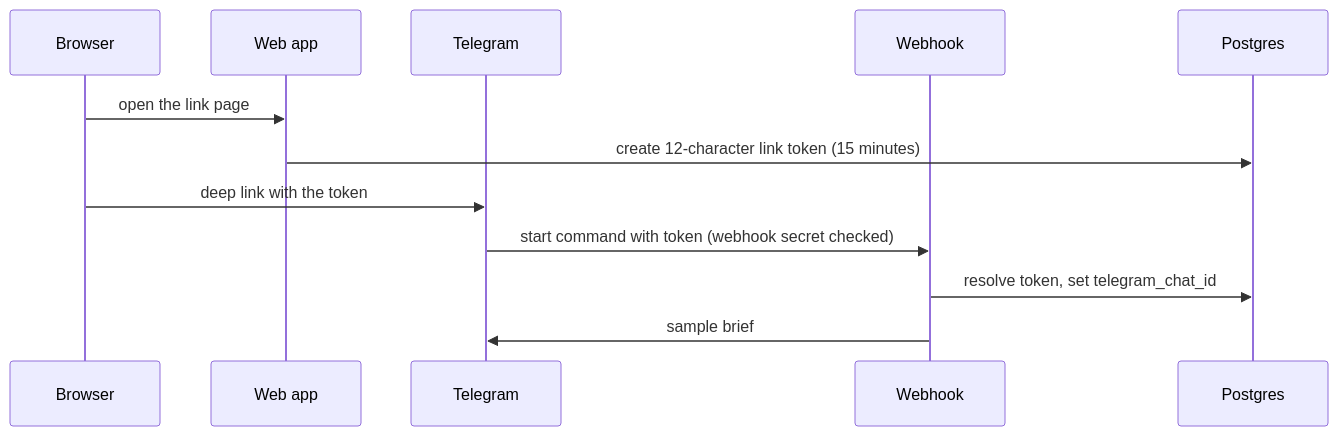
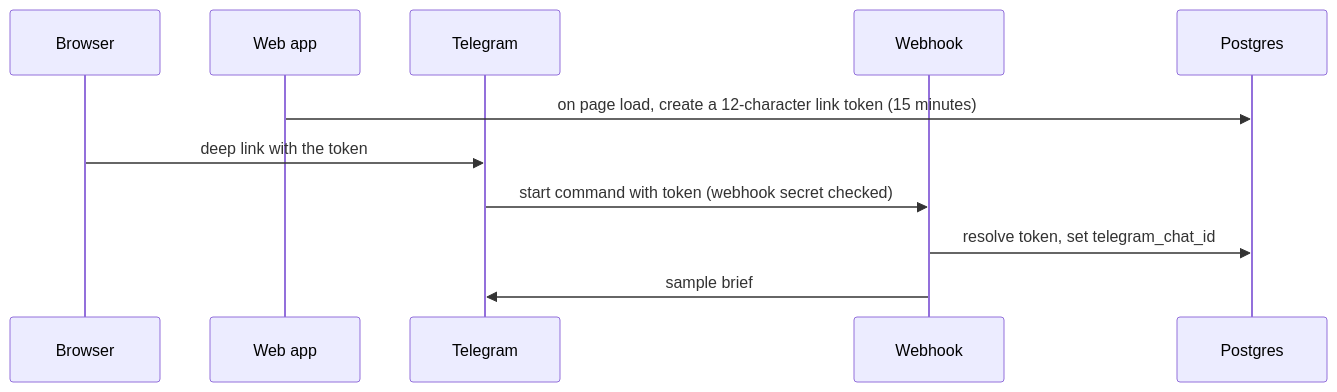
The fifth of 6 diagrams in docs/architecture/overview.md (faeezmnoor/cadence), drawn with Mermaid before and after one commit. The commit also changed other lines of this file and 4 other files, not shown here.

Commit message:
001 T041: lint findings fixed in documents (flow budget, archive links, E5)

````diff
--- a/docs/architecture/overview.md
+++ b/docs/architecture/overview.md
@@ -131,14 +129,13 @@
 ```mermaid
 sequenceDiagram
   participant B as Browser
   participant W as Web app
   participant T as Telegram
   participant H as Webhook
   participant DB as Postgres
-  B->>W: open the link page
-  W->>DB: create 12-character link token (15 minutes)
+  W->>DB: on page load, create a 12-character link token (15 minutes)
   B->>T: deep link with the token
   T->>H: start command with token (webhook secret checked)
   H->>DB: resolve token, set telegram_chat_id
   H->>T: sample brief
 ```
````
